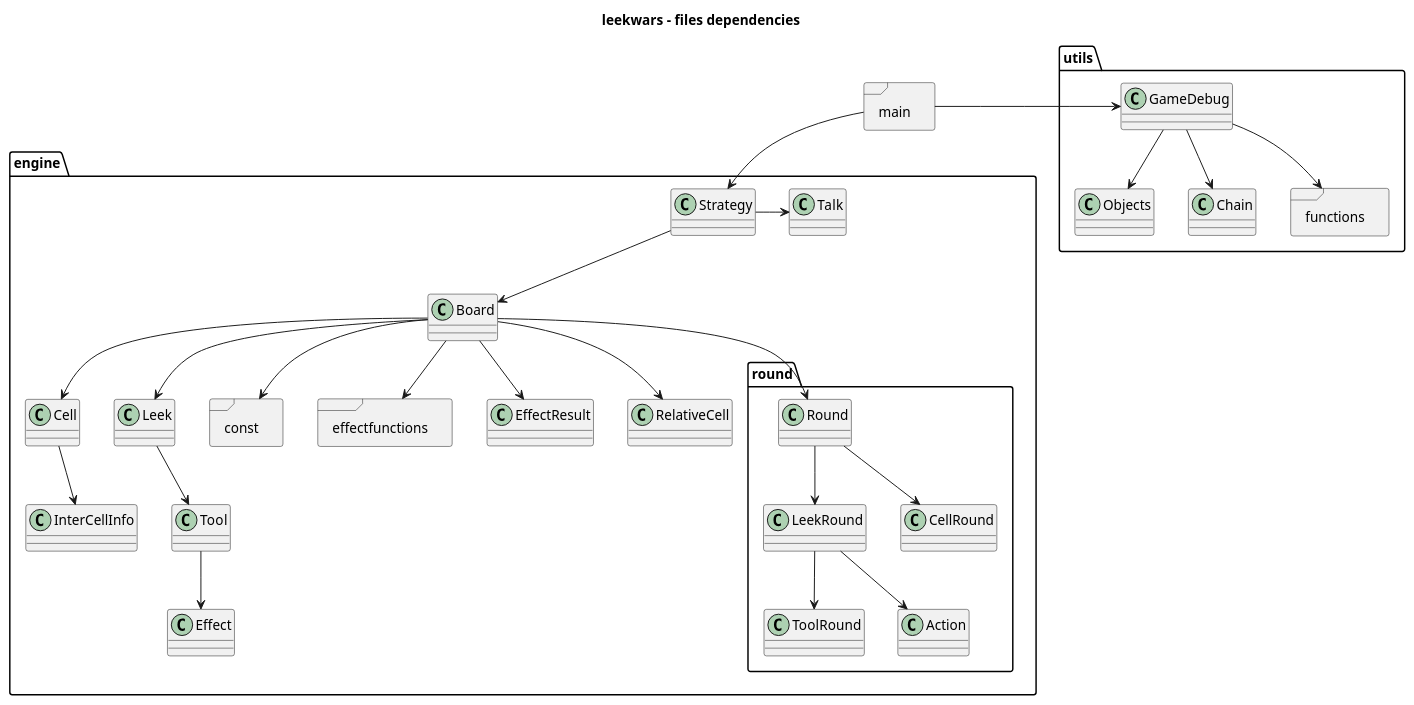
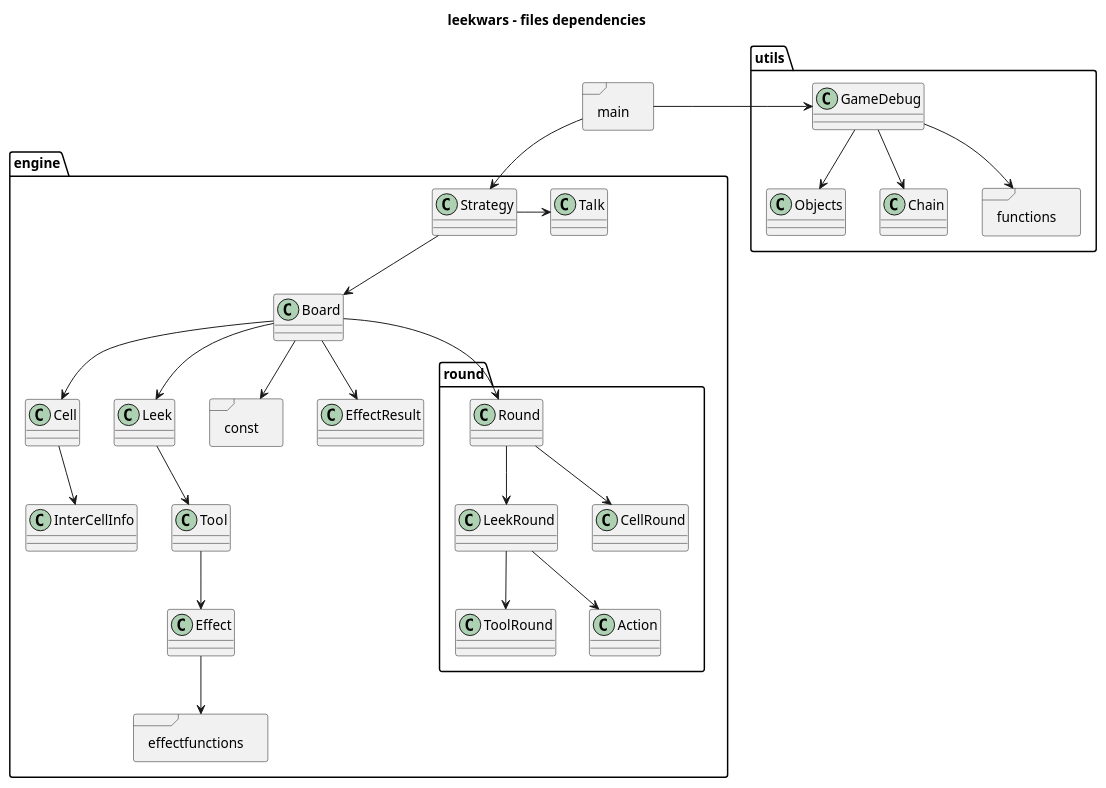
One commit to fauconv/leekwars changed the diagram in doc/files_dependencies.puml. Above: the diagram before and after it, drawn with PlantUML. The commit also changed 20 other files, not shown here.

```diff
--- a/doc/files_dependencies.puml
+++ b/doc/files_dependencies.puml
@@ -1,60 +1,58 @@
 @startuml
 
 title leekwars - files dependencies
 
 allowmixing
 
 package engine {
   package round {
     class Round
     class LeekRound
     class CellRound
     class ToolRound
     class Action
   }
   class Board
   class Cell 
   class Leek
   class Effect
   class Tool
   frame const
   frame effectfunctions
   class EffectResult
   class InterCellInfo
-  class RelativeCell
   class Strategy
   class Talk
 }
 
 frame main
 
 package utils {
   class GameDebug
   class Objects
   class Chain
   frame functions
 }
 
 main -> GameDebug
 main --> Strategy
 Strategy --> Board
 Strategy -> Talk
 LeekRound --> Action
-Board --> effectfunctions
+Effect --> effectfunctions
 Board --> EffectResult
 Board --> Round 
 Board --> const
 Round --> CellRound
 Round --> LeekRound
 Board --> Cell
 Cell --> InterCellInfo
 LeekRound --> ToolRound
 Leek --> Tool
 Board --> Leek
 Tool --> Effect
-Board --> RelativeCell
 GameDebug --> Objects
 GameDebug --> Chain
 GameDebug --> functions
 
 @enduml
```
